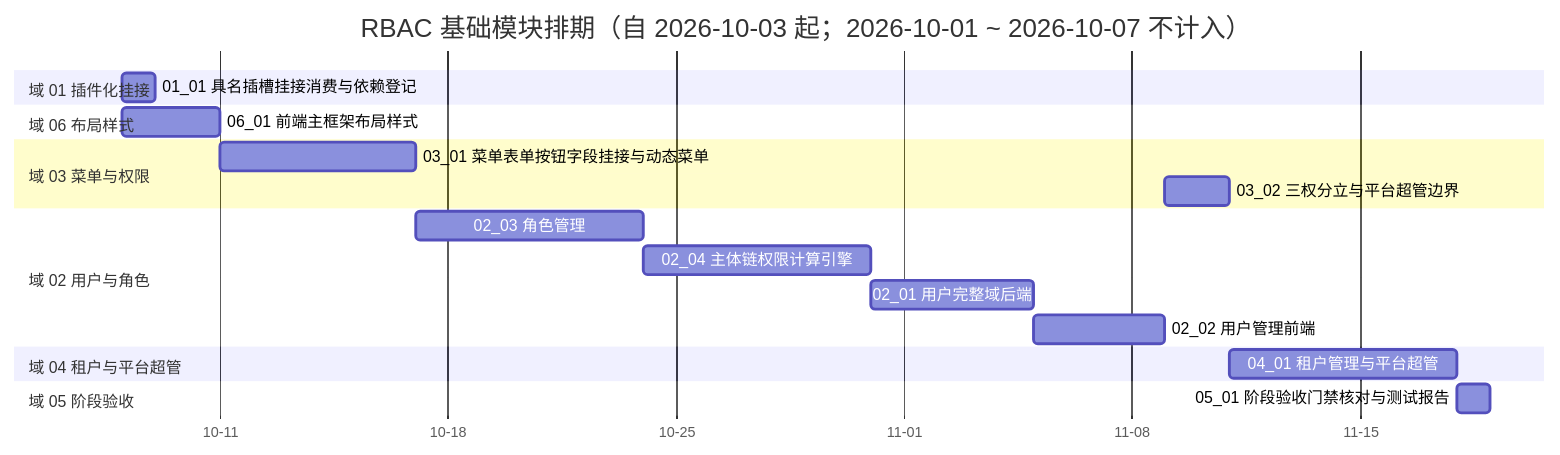
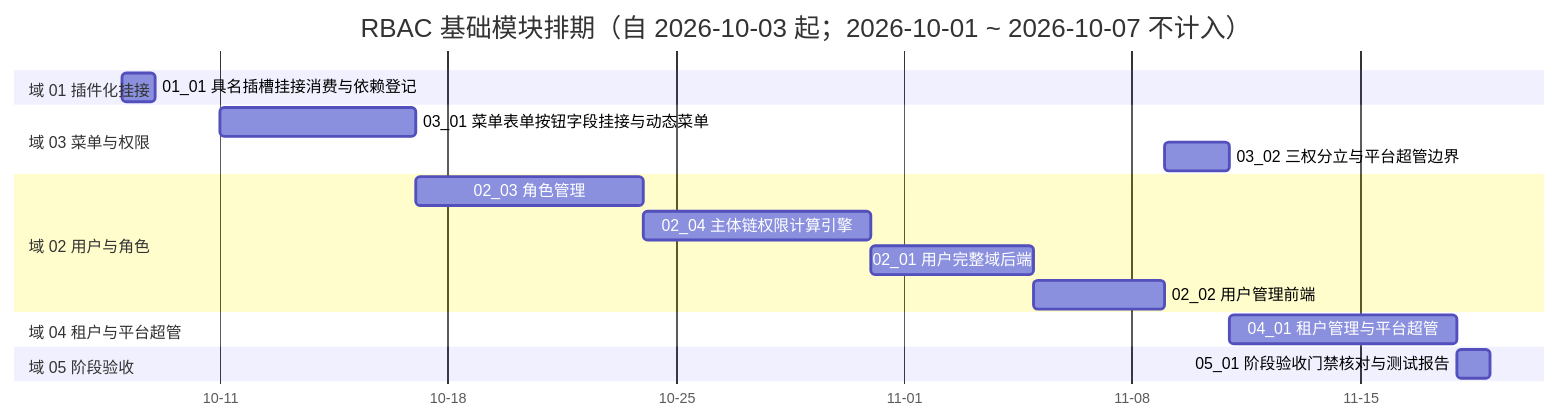
Before and after one commit to minjian123/basic-management-system: the diagram in bms文档/项目/07_RBAC基础模块/计划/01_计划_RBAC基础模块.md, drawn with Mermaid. The commit also changed other lines of this file and 9 other files, not shown here.

````diff
--- a/bms文档/项目/07_RBAC基础模块/计划/01_计划_RBAC基础模块.md
+++ b/bms文档/项目/07_RBAC基础模块/计划/01_计划_RBAC基础模块.md
@@ -46,22 +44,20 @@
 ```mermaid
 gantt
     title RBAC 基础模块排期（自 2026-10-03 起；2026-10-01 ~ 2026-10-07 不计入）
     dateFormat  YYYY-MM-DD
     axisFormat %m-%d
     section 域 01 插件化挂接
     01_01 具名插槽挂接消费与依赖登记 :a0101, 2026-10-08, 1d
-    section 域 06 布局样式
-    06_01 前端主框架布局样式 :a0601, 2026-10-08, 3d
     section 域 03 菜单与权限
     03_01 菜单表单按钮字段挂接与动态菜单 :a0301, 2026-10-11, 6d
     03_02 三权分立与平台超管边界 :a0302, 2026-11-09, 2d
     section 域 02 用户与角色
     02_03 角色管理 :a0203, 2026-10-17, 7d
     02_04 主体链权限计算引擎 :a0204, 2026-10-24, 7d
     02_01 用户完整域后端 :a0201, 2026-10-31, 5d
     02_02 用户管理前端 :a0202, 2026-11-05, 4d
     section 域 04 租户与平台超管
     04_01 租户管理与平台超管 :a0401, 2026-11-11, 7d
     section 域 05 阶段验收
     05_01 阶段验收门禁核对与测试报告 :a0501, 2026-11-18, 1d
 ```
````
